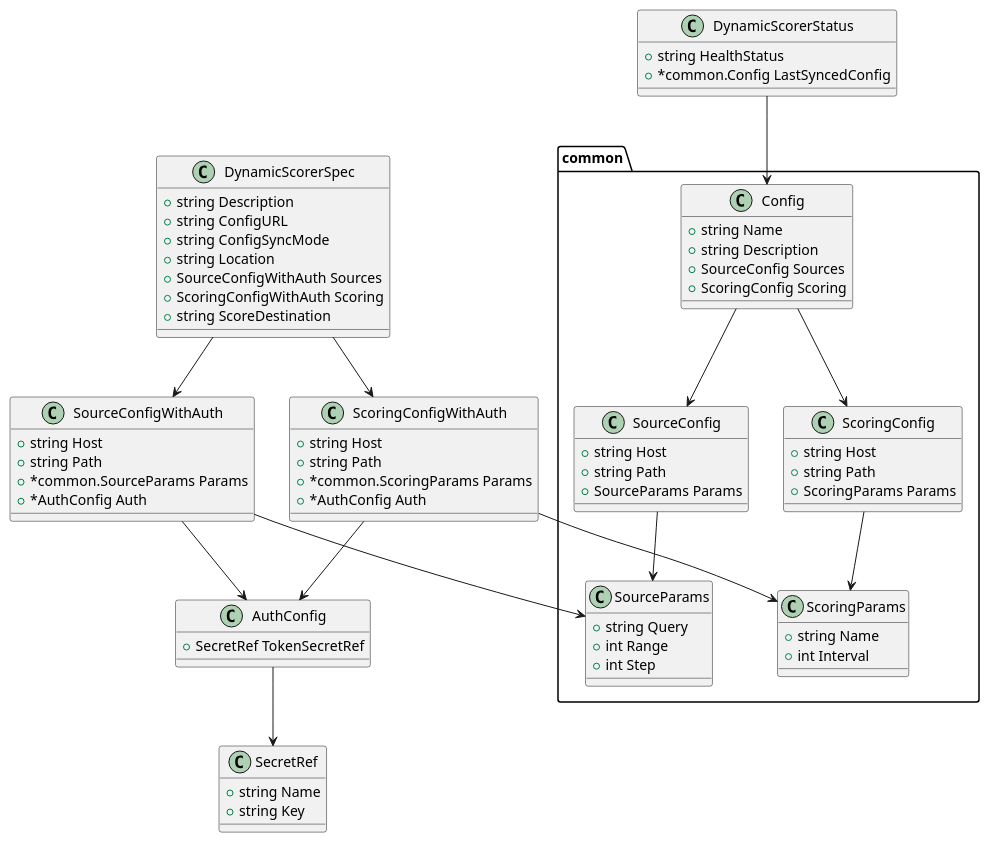
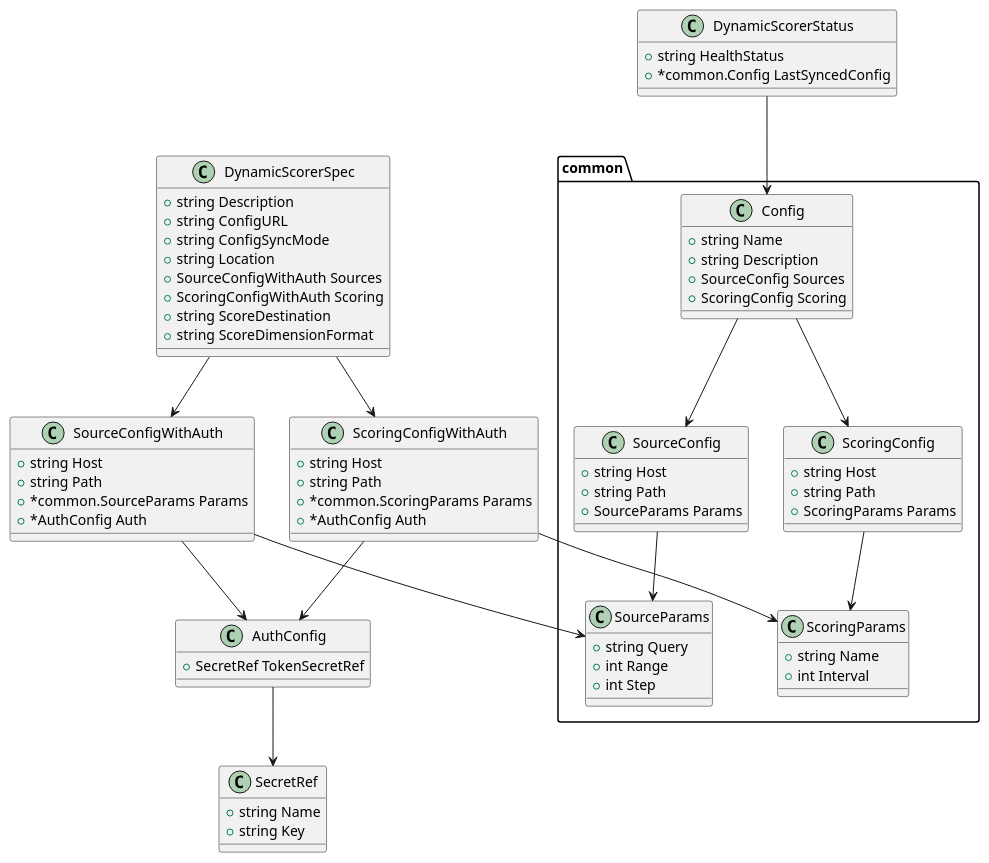
The second of 5 diagrams in enhancements/sig-architecture/83-dynamic-scoring-framework-addon/README.md (open-cluster-management-io/enhancements), drawn with PlantUML before and after one commit. The commit also changed other lines of this file, not shown here.

```diff
--- a/enhancements/sig-architecture/83-dynamic-scoring-framework-addon/README.md
+++ b/enhancements/sig-architecture/83-dynamic-scoring-framework-addon/README.md
@@ -240,6 +251,7 @@
   +SourceConfigWithAuth Sources
   +ScoringConfigWithAuth Scoring
   +string ScoreDestination
+  +string ScoreDimensionFormat
 }
 DynamicScorerSpec --> SourceConfigWithAuth
 DynamicScorerSpec --> ScoringConfigWithAuth
```
